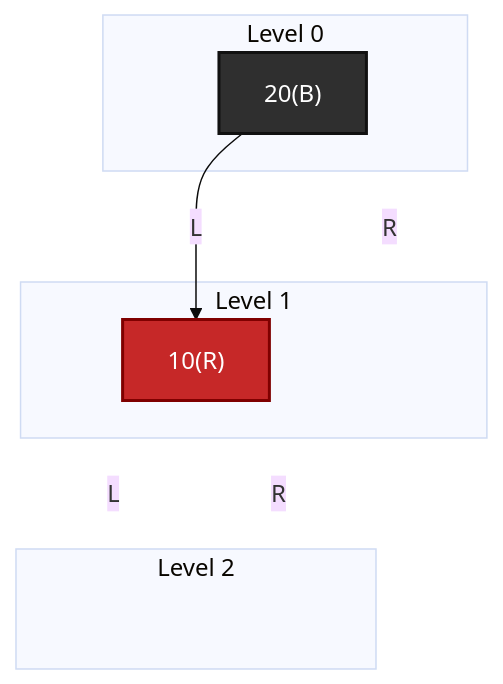
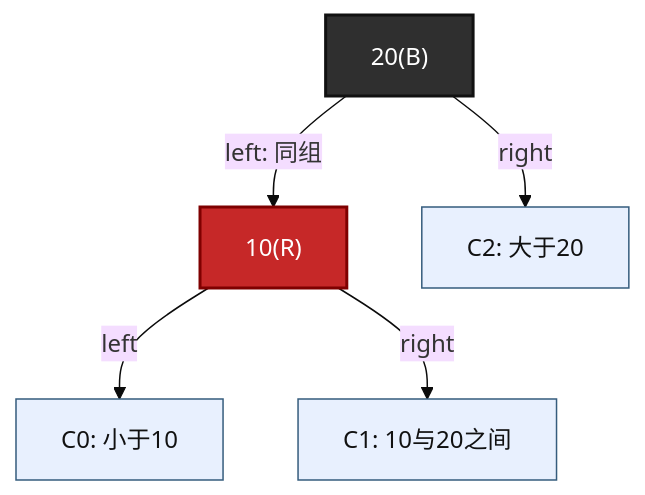
One commit to FormingSystem/linux_note changed the seventh of 8 diagrams in knowledge/linux/data_structures/红黑树_rb-tree/P06_2-3-4_树_从多路平衡到红黑树的结构桥梁.md. Above: the diagram before and after it, drawn with Mermaid (base theme). The commit also changed other lines of this file and 1 other file, not shown here.

````diff
--- a/knowledge/linux/data_structures/红黑树_rb-tree/P06_2-3-4_树_从多路平衡到红黑树的结构桥梁.md
+++ b/knowledge/linux/data_structures/红黑树_rb-tree/P06_2-3-4_树_从多路平衡到红黑树的结构桥梁.md
@@ -819,31 +708,13 @@
 ```mermaid
 graph TD
-	subgraph "Level 0"
-		B["20(B)"]
-	end
-
-	subgraph "Level 1"
-		R["10(R)"]
-		RG[" "]
-	end
-
-	subgraph "Level 2"
-		G1[" "]
-		G2[" "]
-	end
-
-	B -->|"L"| R
-	B -->|"R"| RG
-	R -->|"L"| G1
-	R -->|"R"| G2
-
-	classDef black_node fill:#2f2f2f,stroke:#111,color:#fff,stroke-width:2px;
-	classDef red_node fill:#c62828,stroke:#7f0000,color:#fff,stroke-width:2px;
-	classDef ghost fill:transparent,stroke:transparent,color:transparent;
-	class B black_node;
-	class R red_node;
-	class RG,G1,G2 ghost;
-	linkStyle 1 stroke:transparent;
-	linkStyle 2 stroke:transparent;
-	linkStyle 3 stroke:transparent;
+    B["20(B)"] -->|"left: 同组"| R["10(R)"]
+    B -->|"right"| C2["C2: 大于20"]
+    R -->|"left"| C0["C0: 小于10"]
+    R -->|"right"| C1["C1: 10与20之间"]
+    class B black_node;
+    class R red_node;
+    class C0,C1,C2 subtree;
+    classDef black_node fill:#2f2f2f,stroke:#111,color:#fff,stroke-width:2px;
+    classDef red_node fill:#c62828,stroke:#7f0000,color:#fff,stroke-width:2px;
+    classDef subtree fill:#e8f0fe,stroke:#355c7d,color:#111;
 ```
````
